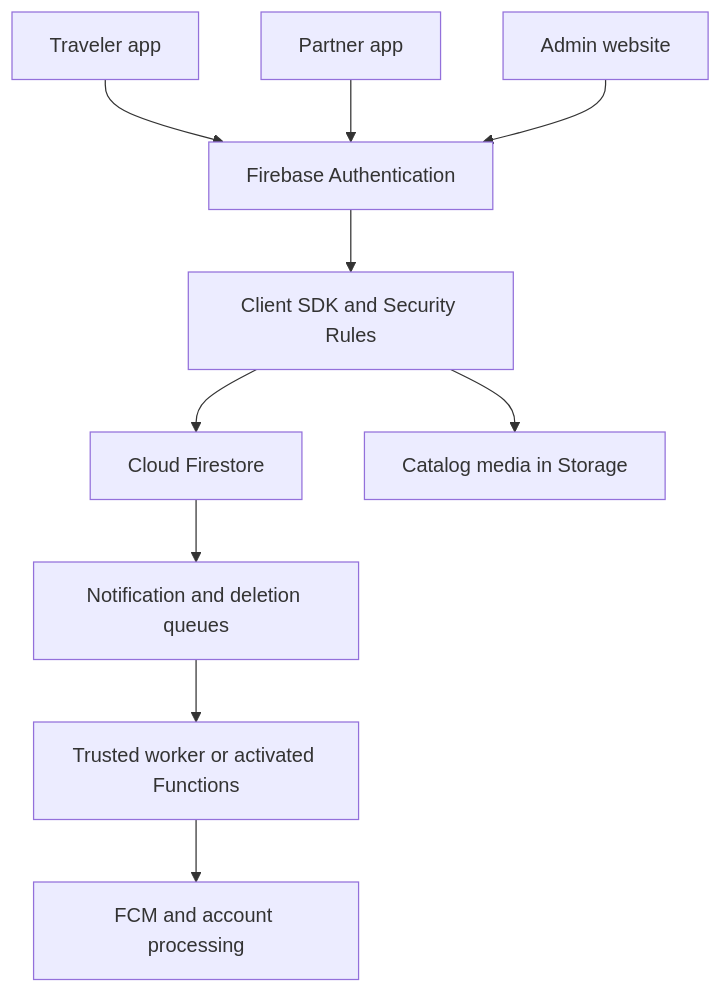
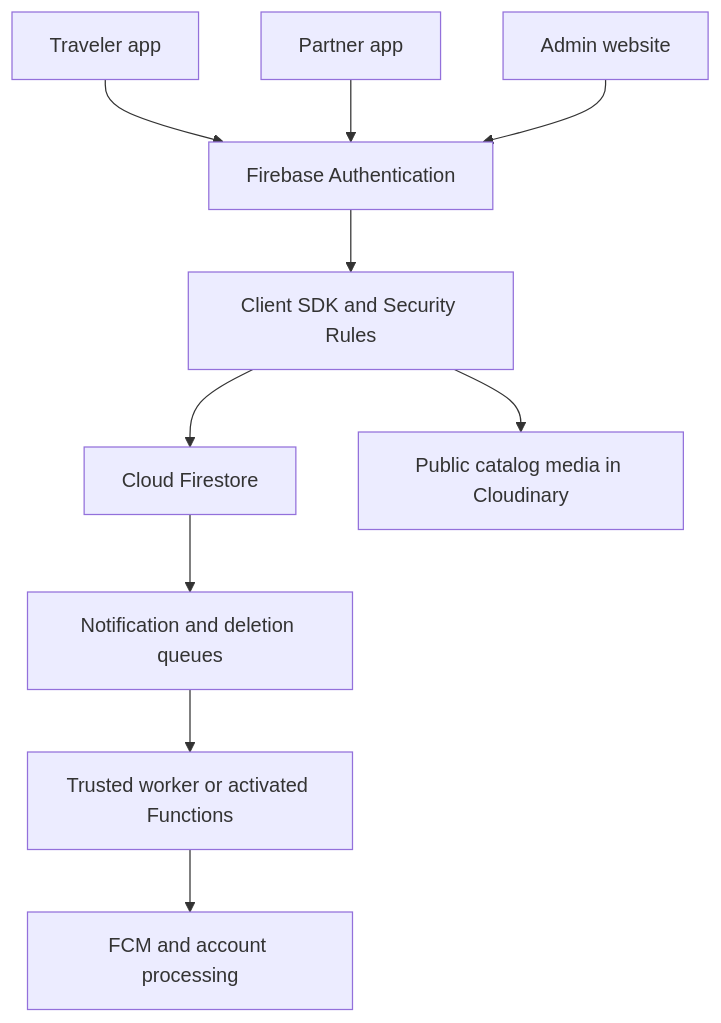
Before and after one commit to ChamiduPrabodya/SkyConnect-Backend-Firebase: the diagram in README.md, drawn with Mermaid. The commit also changed other lines of this file and 11 other files, not shown here.

Commit message:
Add safe Cloudinary catalog migration and owned photo cleanup

````diff
--- a/README.md
+++ b/README.md
@@ -56,12 +56,12 @@
 ```mermaid
 flowchart TD
     T[Traveler app] --> A[Firebase Authentication]
     P[Partner app] --> A
     W[Admin website] --> A
     A --> R[Client SDK and Security Rules]
     R --> D[Cloud Firestore]
-    R --> S[Catalog media in Storage]
+    R --> S[Public catalog media in Cloudinary]
     D --> Q[Notification and deletion queues]
     Q --> K[Trusted worker or activated Functions]
     K --> F[FCM and account processing]
 ```
````
